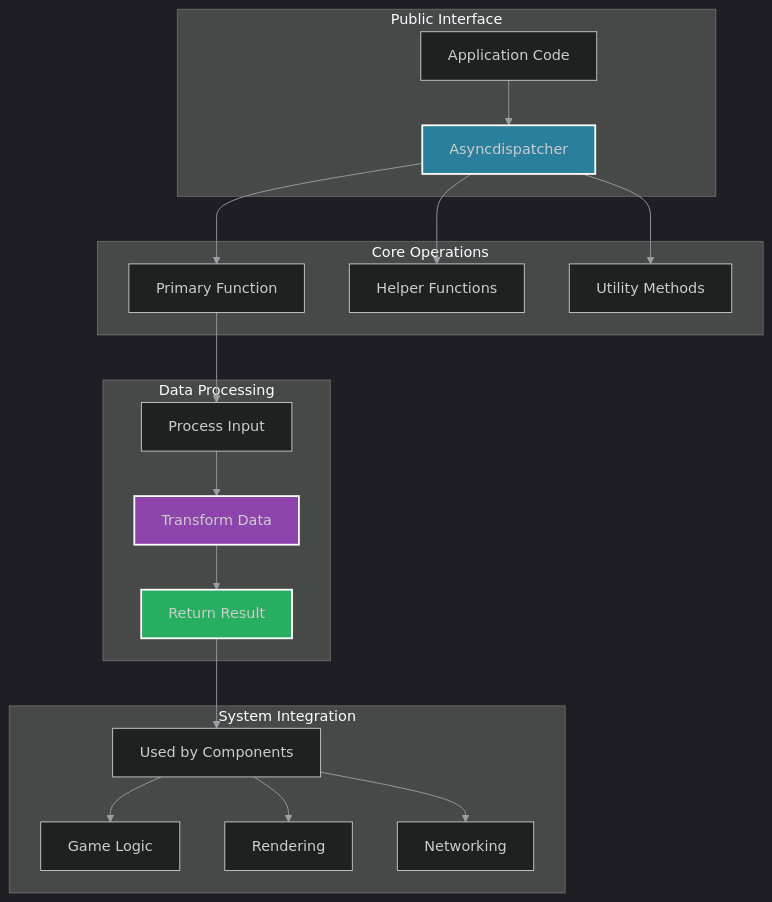
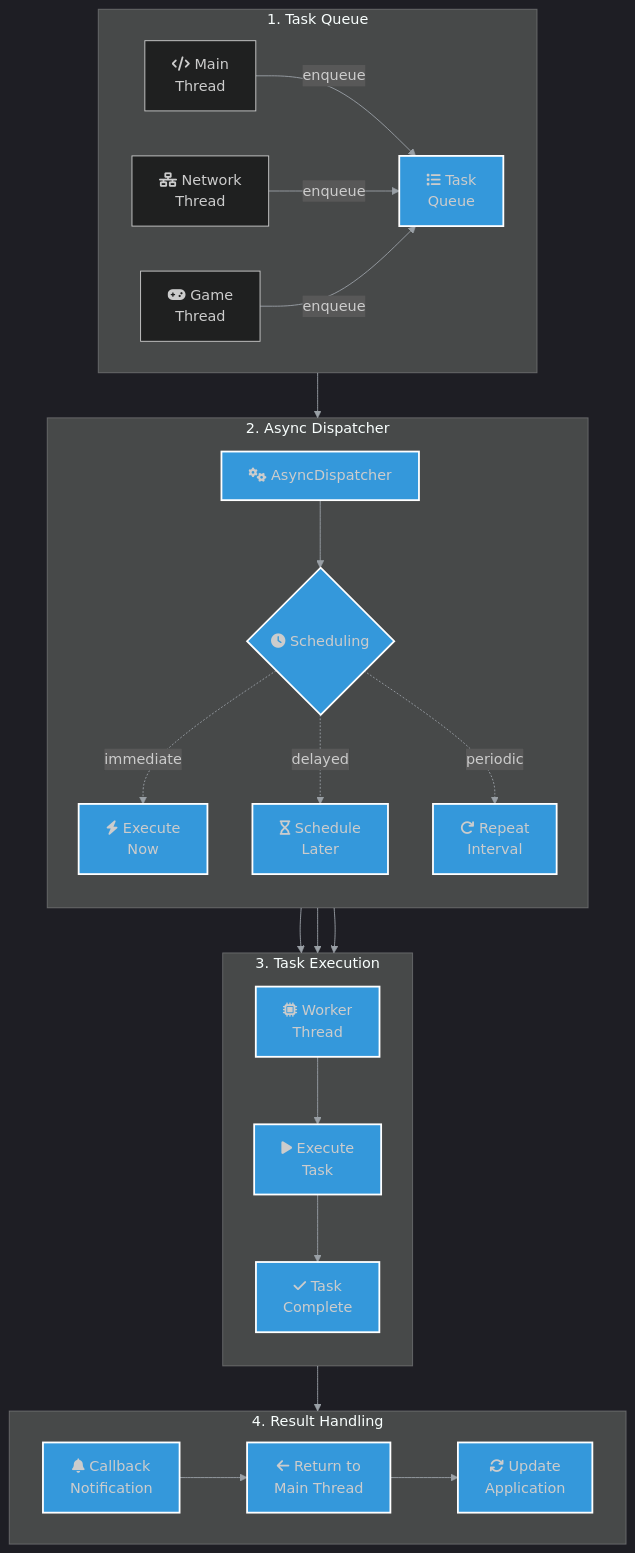
Before and after one commit to lukaszj321/otcv8-dev: the diagram in docs/authoring/01_core/api/cpp/framework/diagrams/asyncdispatcher.mmd, drawn with Mermaid. The commit also changed 2 other files, not shown here.

Commit message:
docs(diagrams): redesign 3 more diagrams - asyncdispatcher, otmlnode, filestream
Redesigned with unique story-driven approach:
- asyncdispatcher.mmd: Task queue → dispatcher → execution → callback workflow
- otmlnode.mmd: Config loading → tree structure → operations → persistence
- filestream.mmd: File open → stream ops → buffering → resource cleanup

All diagrams feature:
- Architectural layer colors (Core=Blue #3498db)
- Font Awesome icons for component identification
- Descriptive labels with line breaks
- Clear 4-phase subgraph grouping
- Unique design matching class function

Total completed: 11/223 diagrams

```diff
--- a/docs/authoring/01_core/api/cpp/framework/diagrams/asyncdispatcher.mmd
+++ b/docs/authoring/01_core/api/cpp/framework/diagrams/asyncdispatcher.mmd
@@ -1,28 +1,39 @@
 %%{init: {'theme':'dark','themeVariables': {'primaryTextColor':'#ddd','lineColor':'#9aa0a6'},'securityLevel':'loose'}}%%
 graph TD
-    subgraph Interface["Public Interface"]
-        A[Application Code] --> B[Asyncdispatcher]
+    subgraph Queue["1. Task Queue"]
+        direction LR
+        A["fa:fa-code Main<br/>Thread"] -- enqueue --> B["fa:fa-list Task<br/>Queue"]
+        C["fa:fa-network-wired Network<br/>Thread"] -- enqueue --> B
+        D["fa:fa-gamepad Game<br/>Thread"] -- enqueue --> B
     end
 
-    subgraph Operations["Core Operations"]
-        B --> C[Primary Function]
-        B --> D[Helper Functions]
-        B --> E[Utility Methods]
+    subgraph Dispatcher["2. Async Dispatcher"]
+        direction TB
+        B --> E["fa:fa-cogs AsyncDispatcher"]
+        E --> F{"fa:fa-clock Scheduling"}
+        F -.immediate.-> G["fa:fa-bolt Execute<br/>Now"]
+        F -.delayed.-> H["fa:fa-hourglass Schedule<br/>Later"]
+        F -.periodic.-> I["fa:fa-redo Repeat<br/>Interval"]
     end
 
-    subgraph Processing["Data Processing"]
-        C --> F[Process Input]
-        F --> G[Transform Data]
-        G --> H[Return Result]
+    subgraph Execution["3. Task Execution"]
+        direction TB
+        G --> J["fa:fa-microchip Worker<br/>Thread"]
+        H --> J
+        I --> J
+        J --> K["fa:fa-play Execute<br/>Task"]
+        K --> L["fa:fa-check Task<br/>Complete"]
     end
 
-    subgraph Integration["System Integration"]
-        H --> I[Used by Components]
-        I --> J[Game Logic]
-        I --> K[Rendering]
-        I --> L[Networking]
+    subgraph Callback["4. Result Handling"]
+        direction LR
+        L --> M["fa:fa-bell Callback<br/>Notification"]
+        M --> N["fa:fa-arrow-left Return to<br/>Main Thread"]
+        N --> O["fa:fa-sync Update<br/>Application"]
     end
 
-    style B fill:#2a7f9c,stroke:#fff,stroke-width:2px
-    style G fill:#8e44ad,stroke:#fff,stroke-width:2px
-    style H fill:#27ae60,stroke:#fff,stroke-width:2px
+    %% Architectural Layer Colors
+    classDef core fill:#3498db,stroke:#fff,stroke-width:2px
+    
+    %% Apply styles
+    class B,E,F,G,H,I,J,K,L,M,N,O core
```
